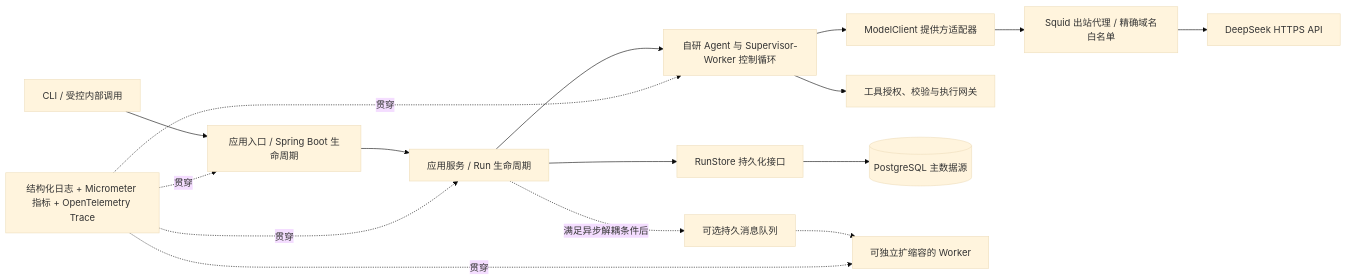
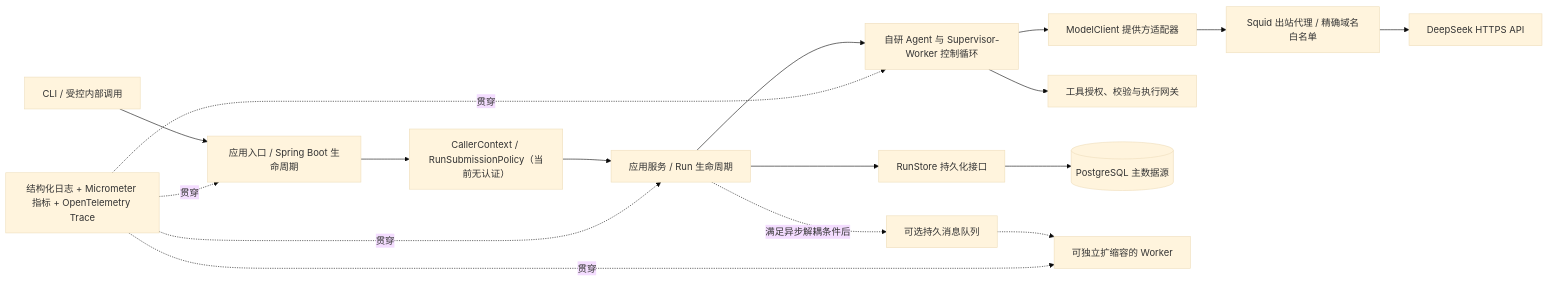
The diagram in docs/architecture/enterprise-migration-roadmap.md (ly416123/myai), drawn with Mermaid (base theme) before and after one commit. The commit also changed other lines of this file and 8 other files, not shown here.

````diff
--- a/docs/architecture/enterprise-migration-roadmap.md
+++ b/docs/architecture/enterprise-migration-roadmap.md
@@ -22,18 +22,19 @@
 ```mermaid
 flowchart LR
     User[CLI / 受控内部调用] --> API[应用入口 / Spring Boot 生命周期]
-    API --> App[应用服务 / Run 生命周期]
+    API --> Caller[CallerContext / RunSubmissionPolicy（当前无认证）]
+    Caller --> App[应用服务 / Run 生命周期]
     App --> Agent[自研 Agent 与 Supervisor-Worker 控制循环]
     Agent --> Provider[ModelClient 提供方适配器]
     Provider --> Egress[Squid 出站代理 / 精确域名白名单]
     Egress --> DeepSeek[DeepSeek HTTPS API]
     Agent --> Tools[工具授权、校验与执行网关]
     App --> Store[RunStore 持久化接口]
     Store --> PG[(PostgreSQL 主数据源)]
     App -.满足异步解耦条件后.-> Queue[可选持久消息队列]
     Queue -.-> Worker[可独立扩缩容的 Worker]
     Obs[结构化日志 + Micrometer 指标 + OpenTelemetry Trace] -.贯穿.-> API
     Obs -.贯穿.-> App
     Obs -.贯穿.-> Agent
     Obs -.贯穿.-> Worker
 ```
````
